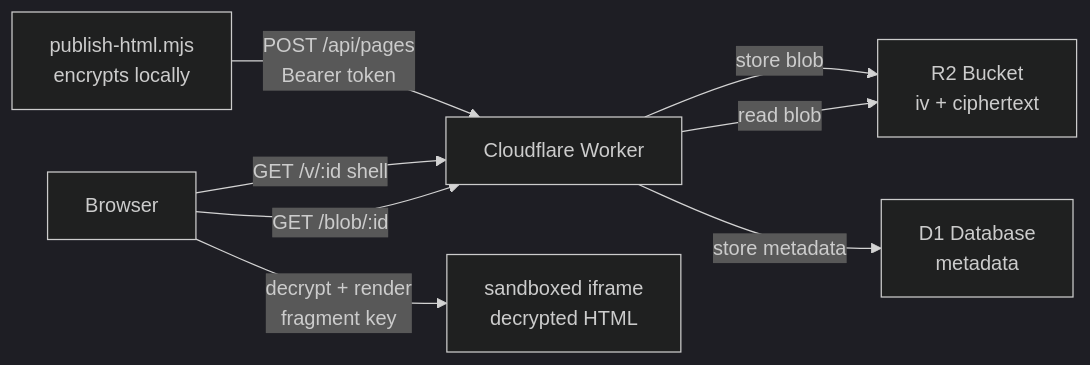
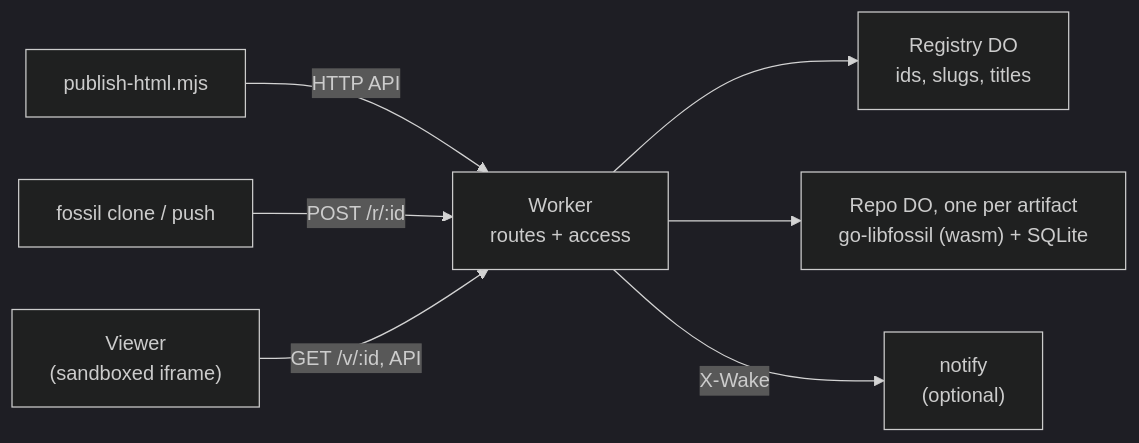
The diagram in README.md (danmestas/html-artifact-publisher), drawn with Mermaid (dark theme) before and after one commit. The commit also changed other lines of this file and 37 other files, not shown here.

First line of the commit message:
Store each artifact as a Fossil repository in a SQLite Durable Object, and deploy on merge (#3)

````diff
--- a/README.md
+++ b/README.md
@@ -24,17 +15,17 @@
 ```mermaid
 flowchart LR
-    cli["publish-html.mjs\nencrypts locally"]
-    worker["Cloudflare Worker"]
-    r2["R2 Bucket\niv + ciphertext"]
-    d1["D1 Database\nmetadata"]
-    browser["Browser"]
-    iframe["sandboxed iframe\ndecrypted HTML"]
+    cli["publish-html.mjs"]
+    fossilc["fossil clone / push"]
+    browser["Viewer\n(sandboxed iframe)"]
+    worker["Worker\nroutes + access"]
+    registry["Registry DO\nids, slugs, titles"]
+    repo["Repo DO, one per artifact\ngo-libfossil (wasm) + SQLite"]
+    notify["notify\n(optional)"]
 
-    cli -- "POST /api/pages\nBearer token" --> worker
-    worker -- "store blob" --> r2
-    worker -- "store metadata" --> d1
-    browser -- "GET /v/:id shell" --> worker
-    browser -- "GET /blob/:id" --> worker
-    worker -- "read blob" --> r2
-    browser -- "decrypt + render\nfragment key" --> iframe
+    cli -- "HTTP API" --> worker
+    fossilc -- "POST /r/:id" --> worker
+    browser -- "GET /v/:id, API" --> worker
+    worker --> registry
+    worker --> repo
+    worker -- "X-Wake" --> notify
 ```
````
